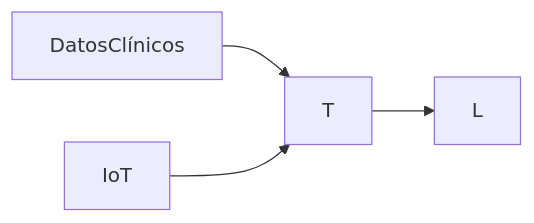
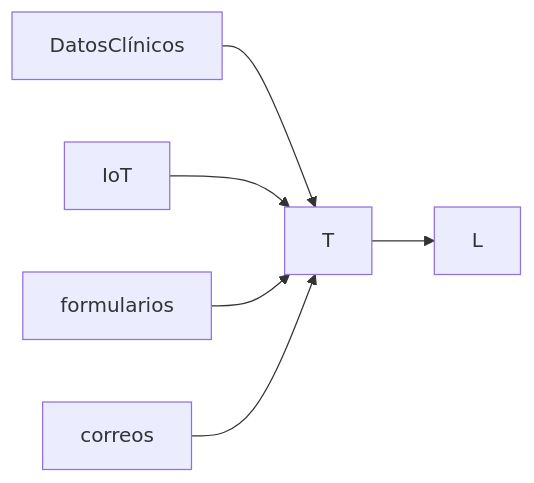
Before and after one commit to git-jrm/ing-datos-M5: the first of 5 diagrams in README.md, drawn with Mermaid.

````diff
--- a/README.md
+++ b/README.md
@@ -41,6 +41,8 @@
 ```mermaid
 graph LR;
   DatosClínicos-->T;
   IoT-->T;
+  formularios-->T;
+  correos-->T;
   T-->L;
 ```
````
